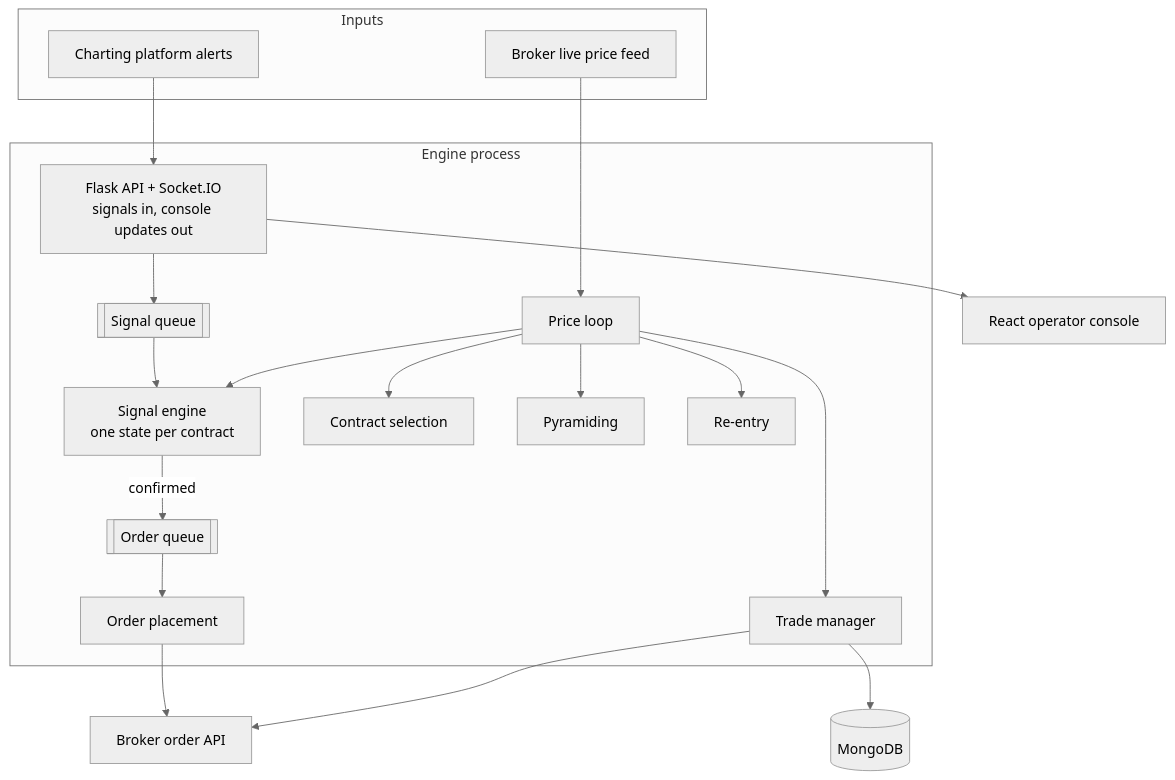
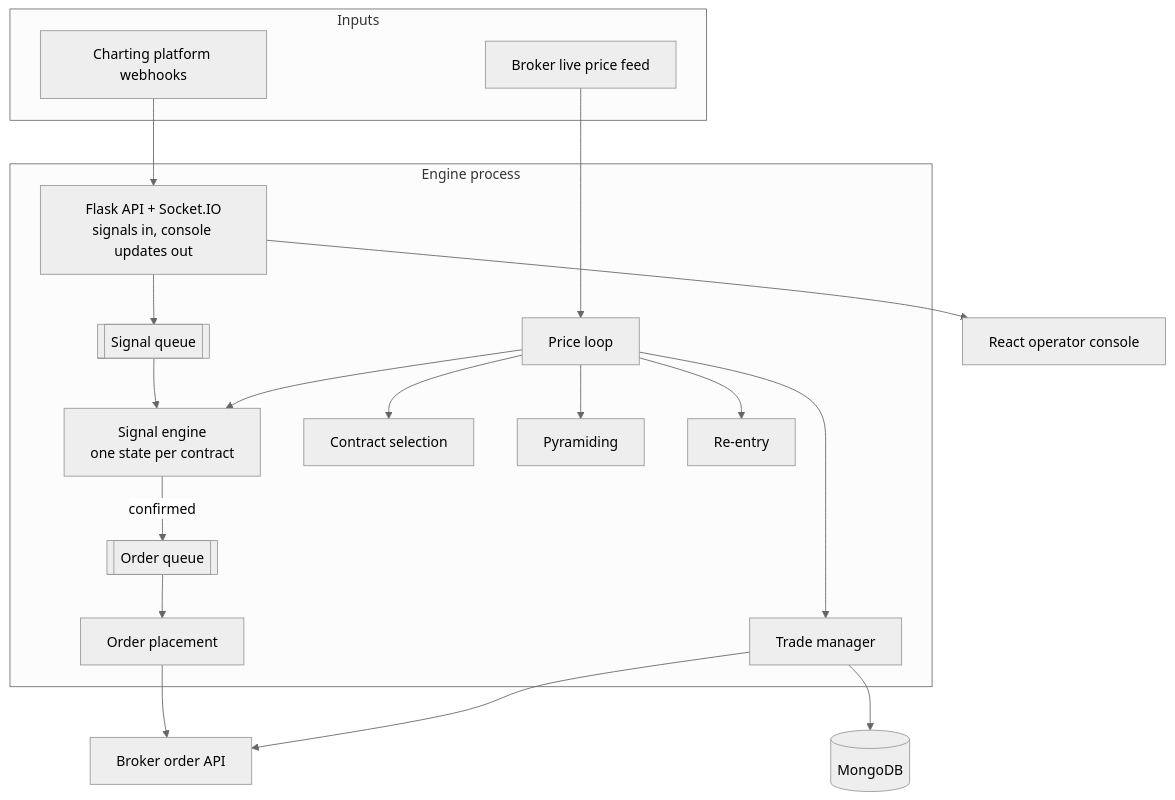
Before and after one commit to amitkaswani/scalping-engine-architecture: the second of 3 diagrams in docs/architecture.md, drawn with Mermaid (neutral theme). The commit also changed other lines of this file and 1 other file, not shown here.

Commit message:
Add scan-wide, accept-narrow design and chart-side extensions; name webhooks

````diff
--- a/docs/architecture.md
+++ b/docs/architecture.md
@@ -29,32 +85,32 @@
 ```mermaid
 flowchart TD
     subgraph IN[Inputs]
-        CH[Charting platform alerts]
+        CH[Charting platform webhooks]
         FEED[Broker live price feed]
     end
 
     subgraph ENGINE[Engine process]
         API[Flask API + Socket.IO<br/>signals in, console updates out]
         SQ[[Signal queue]]
         SE[Signal engine<br/>one state per contract]
         OQ[[Order queue]]
         OP[Order placement]
         LOOP[Price loop]
         TM[Trade manager]
         SS[Contract selection]
         PY[Pyramiding]
         RE[Re-entry]
     end
 
     CH --> API --> SQ --> SE
     FEED --> LOOP
     LOOP --> TM
     LOOP --> SE
     LOOP --> SS
     LOOP --> PY
     LOOP --> RE
     SE -- confirmed --> OQ --> OP --> BRK[Broker order API]
     TM --> BRK
     TM --> DB[(MongoDB)]
     API --> UI[React operator console]
 ```
````
